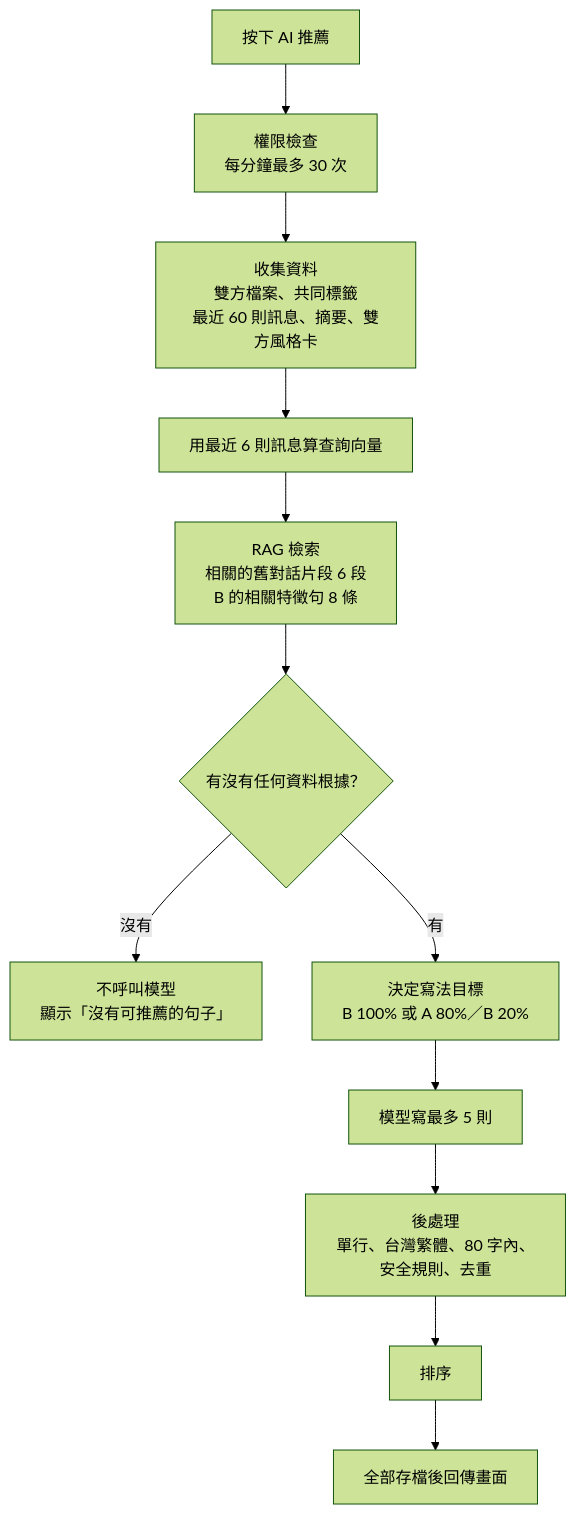
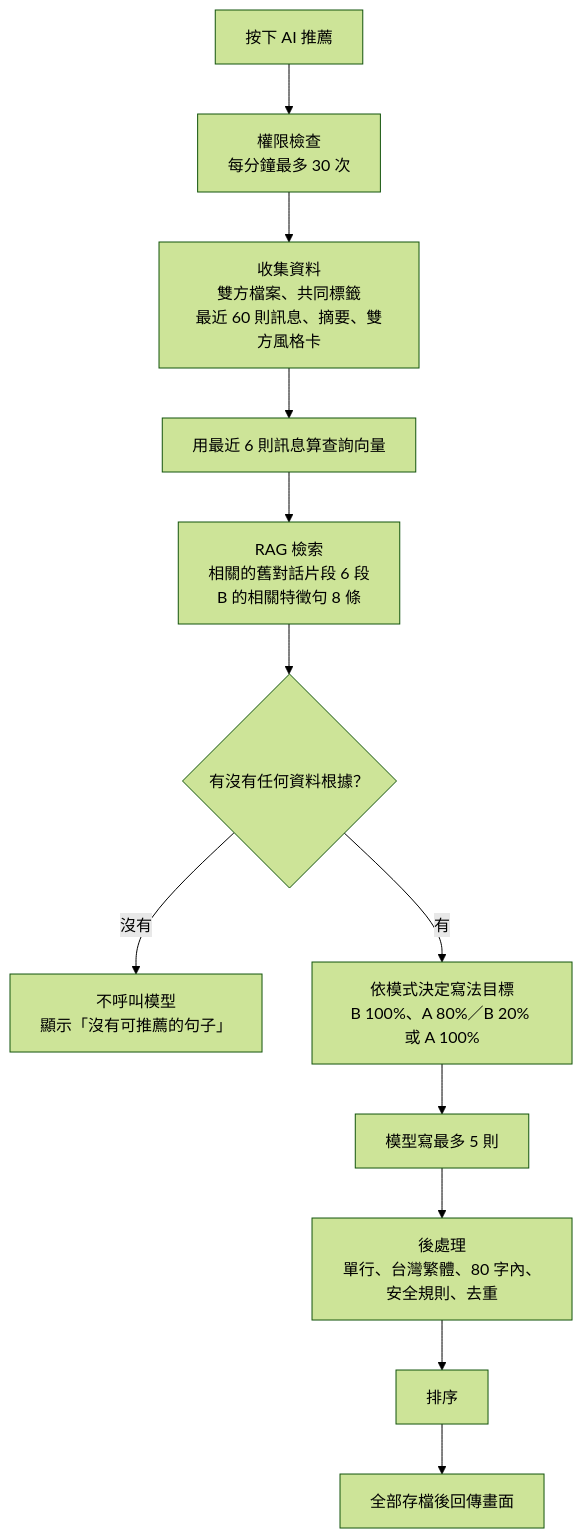
The first of 2 diagrams in docs/ai/AI-ASSIST-USER-GUIDE.md (mimimeowmeo/ai-dating-platform), drawn with Mermaid (forest theme) before and after one commit. The commit also changed other lines of this file and 20 other files, not shown here.

````diff
--- a/docs/ai/AI-ASSIST-USER-GUIDE.md
+++ b/docs/ai/AI-ASSIST-USER-GUIDE.md
@@ -84,14 +88,14 @@
 ```mermaid
 flowchart TD
   A[按下 AI 推薦] --> B[權限檢查<br/>每分鐘最多 30 次]
   B --> C[收集資料<br/>雙方檔案、共同標籤<br/>最近 60 則訊息、摘要、雙方風格卡]
   C --> D[用最近 6 則訊息算查詢向量]
   D --> E[RAG 檢索<br/>相關的舊對話片段 6 段<br/>B 的相關特徵句 8 條]
   E --> F{有沒有任何資料根據？}
   F -->|沒有| G[不呼叫模型<br/>顯示「沒有可推薦的句子」]
-  F -->|有| H[決定寫法目標<br/>B 100% 或 A 80%／B 20%]
+  F -->|有| H[依模式決定寫法目標<br/>B 100%、A 80%／B 20% 或 A 100%]
   H --> I[模型寫最多 5 則]
   I --> J[後處理<br/>單行、台灣繁體、80 字內、安全規則、去重]
   J --> K[排序]
   K --> L[全部存檔後回傳畫面]
 ```
````
